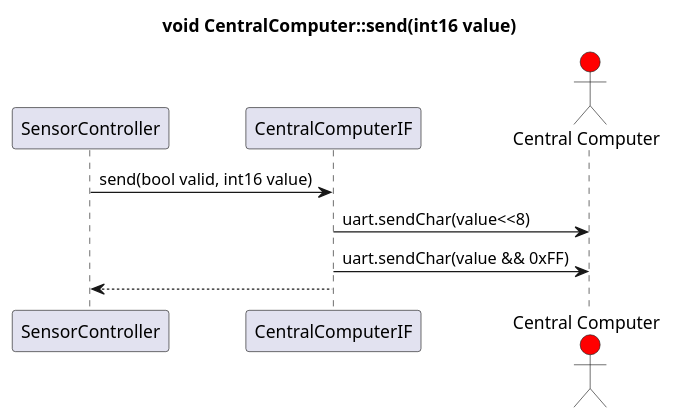
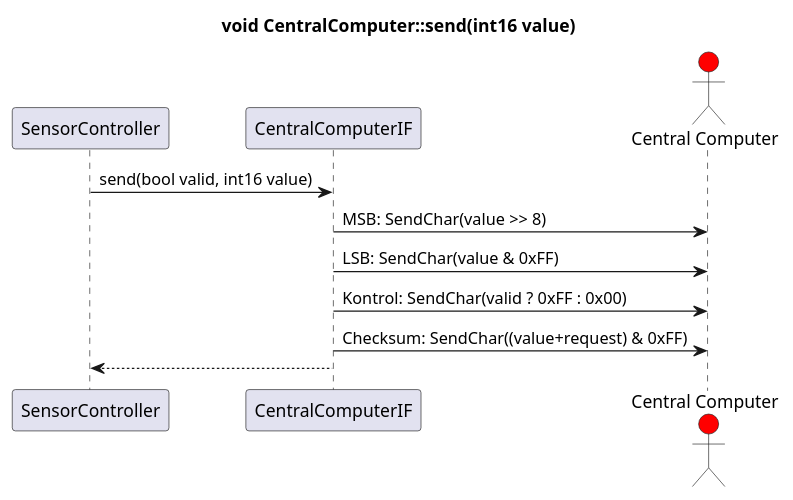
The diagram in Design/SE/SensorController/Software/Klasser/CentralComputerIF/centralComputerSend.puml (Solvgraa-mager/E4PRJ4), drawn with PlantUML before and after one commit. The commit also changed 15 other files, not shown here.

```diff
--- a/Design/SE/SensorController/Software/Klasser/CentralComputerIF/centralComputerSend.puml
+++ b/Design/SE/SensorController/Software/Klasser/CentralComputerIF/centralComputerSend.puml
@@ -1,15 +1,17 @@
 @startuml   CentralComputerIFSendSekvens
 title void CentralComputer::send(int16 value)
 
 participant SensorController as SC
 participant CentralComputerIF as CCIF
 actor "Central Computer" as CC #red
 
 SC -> CCIF : send(bool valid, int16 value)
-CCIF -> CC : uart.sendChar(value<<8)
-CCIF -> CC : uart.sendChar(value && 0xFF)
+CCIF -> CC : MSB: SendChar(value >> 8)
+CCIF -> CC : LSB: SendChar(value & 0xFF)
+CCIF -> CC : Kontrol: SendChar(valid ? 0xFF : 0x00)
+CCIF -> CC : Checksum: SendChar((value+request) & 0xFF)
 CCIF --> SC : 
 
 
 
 @enduml
```
